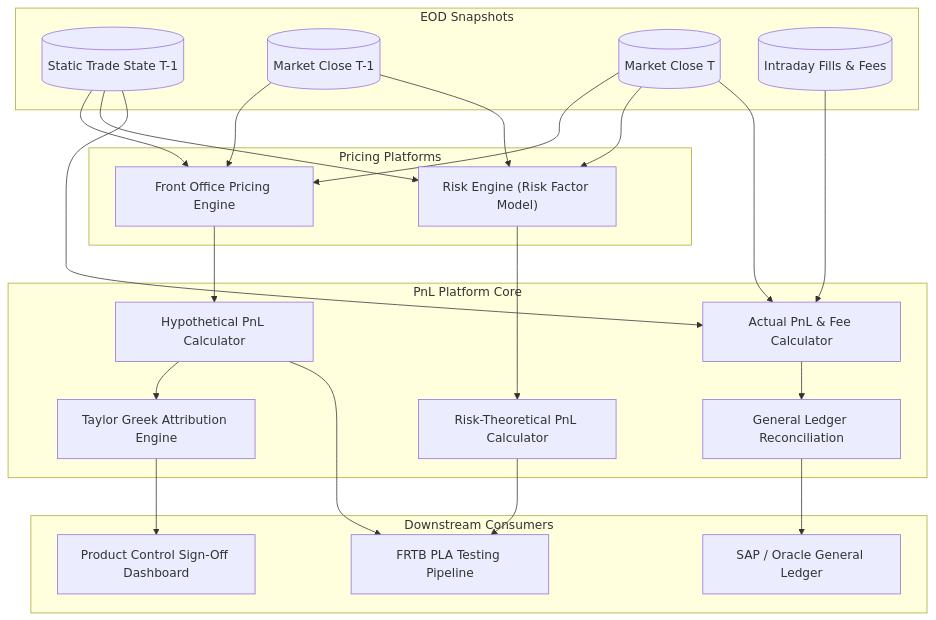
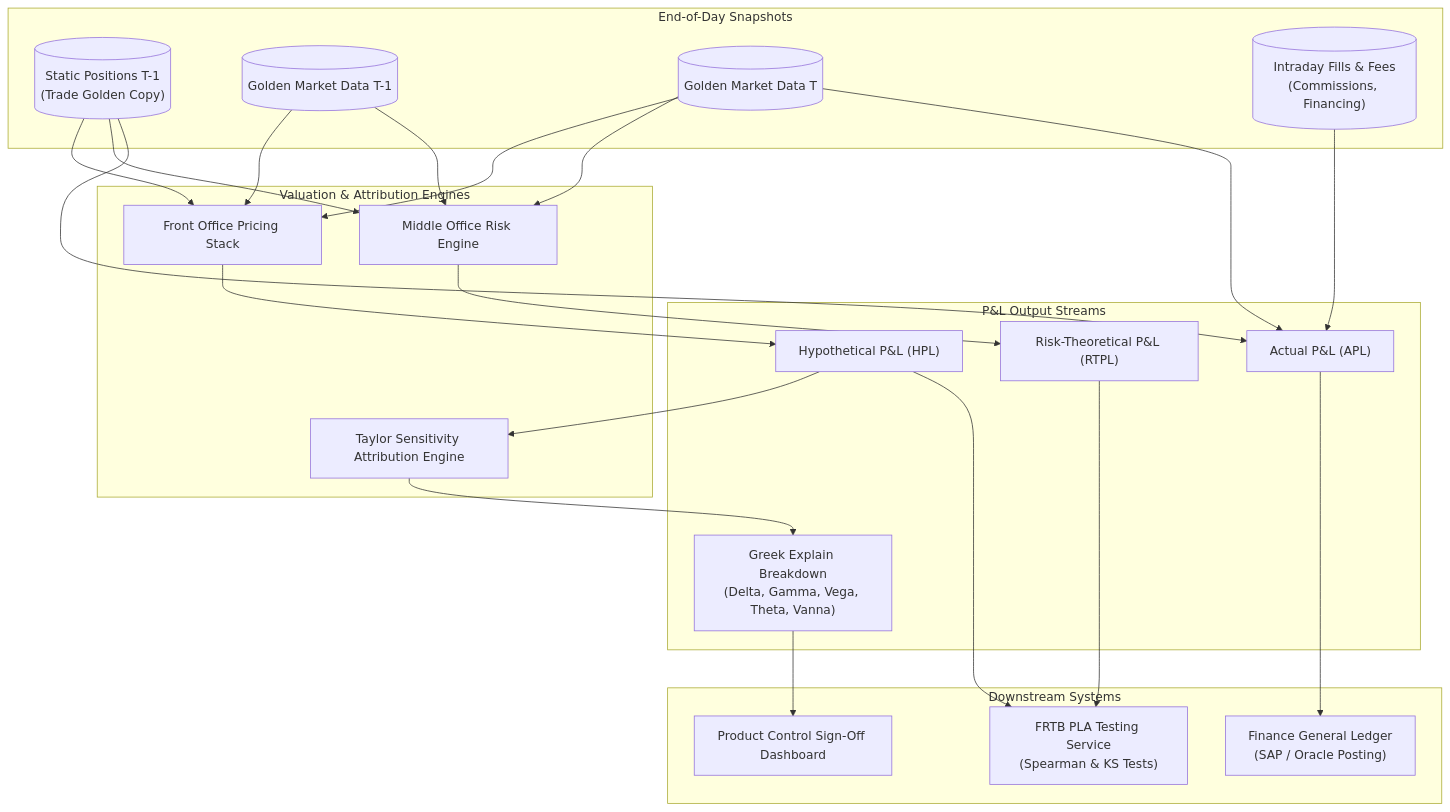
One commit to shreejitverma/The-Quant-Prep changed the diagram in 18-Pricing-and-Risk-Systems/09-PnL-Platform.md. Above: the diagram before and after it, drawn with Mermaid. The commit also changed other lines of this file and 25 other files, not shown here.

First line of the commit message:
fix(pricing-and-risk-systems): handle three-point natural spline (#55)

````diff
--- a/18-Pricing-and-Risk-Systems/09-PnL-Platform.md
+++ b/18-Pricing-and-Risk-Systems/09-PnL-Platform.md
@@ -73,49 +68,51 @@
 ```mermaid
 flowchart TB
-    subgraph EODCapture["EOD Snapshots"]
-        FrozenTrades[(Static Trade State T-1)]
-        MarketT0[(Market Close T-1)]
-        MarketT1[(Market Close T)]
-        IntradayEvents[(Intraday Fills & Fees)]
+    subgraph Snapshots["End-of-Day Snapshots"]
+        FrozenTrades[("Static Positions T-1\n(Trade Golden Copy)")]
+        MarketT0[("Golden Market Data T-1")]
+        MarketT1[("Golden Market Data T")]
+        Events[("Intraday Fills & Fees\n(Commissions, Financing)")]
     end
 
-    subgraph PricingServices["Pricing Platforms"]
-        FOPricer[Front Office Pricing Engine]
-        RiskPricer["Risk Engine (Risk Factor Model)"]
+    subgraph Engines["Valuation & Attribution Engines"]
+        FOPricer["Front Office Pricing Stack"]
+        RiskPricer["Middle Office Risk Engine"]
+        TaylorEngine["Taylor Sensitivity Attribution Engine"]
     end
 
-    subgraph PnLEngine["PnL Platform Core"]
-        HPLService[Hypothetical PnL Calculator]
-        RTPLService[Risk-Theoretical PnL Calculator]
-        APLService[Actual PnL & Fee Calculator]
-        ExplainService[Taylor Greek Attribution Engine]
-        ReconService[General Ledger Reconciliation]
+    subgraph Metrics["P&L Output Streams"]
+        HPL["Hypothetical P&L (HPL)"]
+        RTPL["Risk-Theoretical P&L (RTPL)"]
+        APL["Actual P&L (APL)"]
+        Explain["Greek Explain Breakdown\n(Delta, Gamma, Vega, Theta, Vanna)"]
     end
 
-    subgraph OutputStreams["Downstream Consumers"]
-        FRTBPLA[FRTB PLA Testing Pipeline]
-        ProductControl[Product Control Sign-Off Dashboard]
-        GLPosting[SAP / Oracle General Ledger]
+    subgraph Consumers["Downstream Systems"]
+        PLA["FRTB PLA Testing Service\n(Spearman & KS Tests)"]
+        ProdControl["Product Control Sign-Off Dashboard"]
+        GL["Finance General Ledger\n(SAP / Oracle Posting)"]
     end
 
     FrozenTrades --> FOPricer
     MarketT0 --> FOPricer
     MarketT1 --> FOPricer
-    FOPricer --> HPLService
+    FOPricer --> HPL
 
     FrozenTrades --> RiskPricer
     MarketT0 --> RiskPricer
     MarketT1 --> RiskPricer
-    RiskPricer --> RTPLService
+    RiskPricer --> RTPL
 
-    FrozenTrades --> APLService
-    IntradayEvents --> APLService
-    MarketT1 --> APLService
+    FrozenTrades --> APL
+    Events --> APL
+    MarketT1 --> APL
 
-    HPLService --> ExplainService
-    ExplainService --> ProductControl
-    HPLService --> FRTBPLA
-    RTPLService --> FRTBPLA
-    APLService --> ReconService
-    ReconService --> GLPosting
+    HPL --> TaylorEngine
+    TaylorEngine --> Explain
+    Explain --> ProdControl
+
+    HPL --> PLA
+    RTPL --> PLA
+
+    APL --> GL
 ```
````
